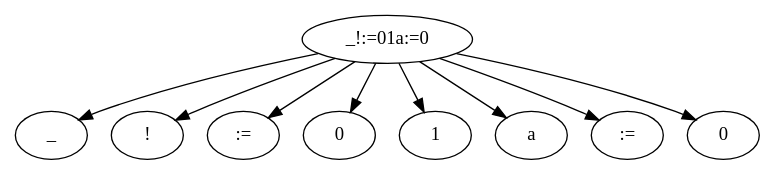
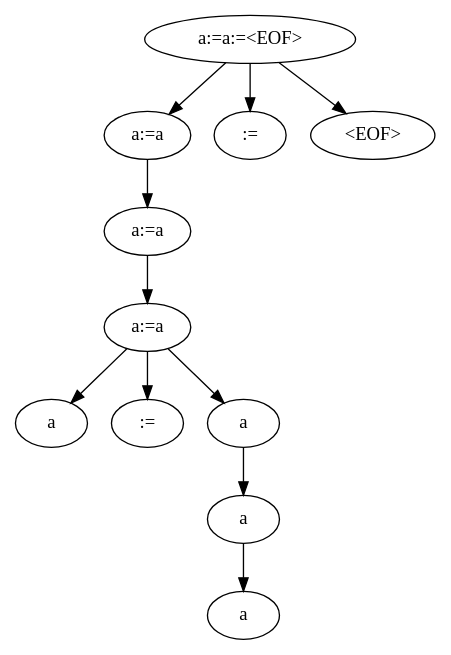
One commit to Mcklmo/Simplified-GPL-Syntax-Compiler-P4-Project-AAU- changed the diagram in output.dot. Above: the diagram before and after it, drawn with Graphviz. The commit also changed 13 other files, not shown here.

```diff
--- a/output.dot
+++ b/output.dot
@@ -1,19 +1,23 @@
 digraph G {
-n0 [label="_!:=01a:=0"];
-n1 [label="_"];
+n0 [label="a:=a:=<EOF>"];
+n1 [label="a:=a"];
 n0 -> n1;
-n2 [label="!"];
-n0 -> n2;
-n3 [label=":="];
-n0 -> n3;
-n4 [label="0"];
-n0 -> n4;
-n5 [label="1"];
-n0 -> n5;
+n2 [label="a:=a"];
+n1 -> n2;
+n3 [label="a:=a"];
+n2 -> n3;
+n4 [label="a"];
+n3 -> n4;
+n5 [label=":="];
+n3 -> n5;
 n6 [label="a"];
-n0 -> n6;
-n7 [label=":="];
-n0 -> n7;
-n8 [label="0"];
-n0 -> n8;
+n3 -> n6;
+n7 [label="a"];
+n6 -> n7;
+n8 [label="a"];
+n7 -> n8;
+n9 [label=":="];
+n0 -> n9;
+n10 [label="<EOF>"];
+n0 -> n10;
 }
```
